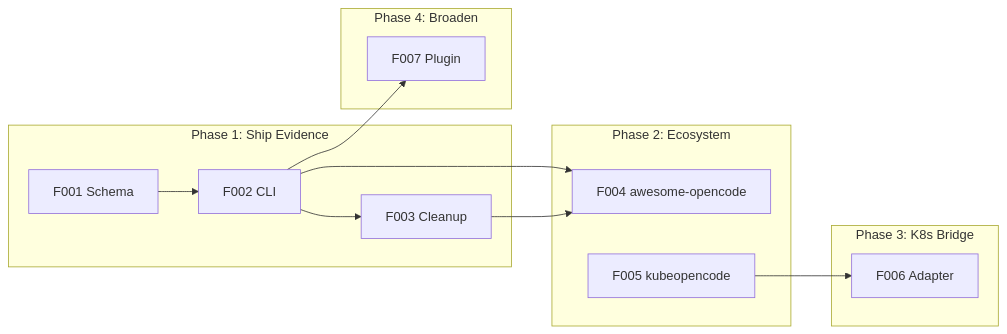
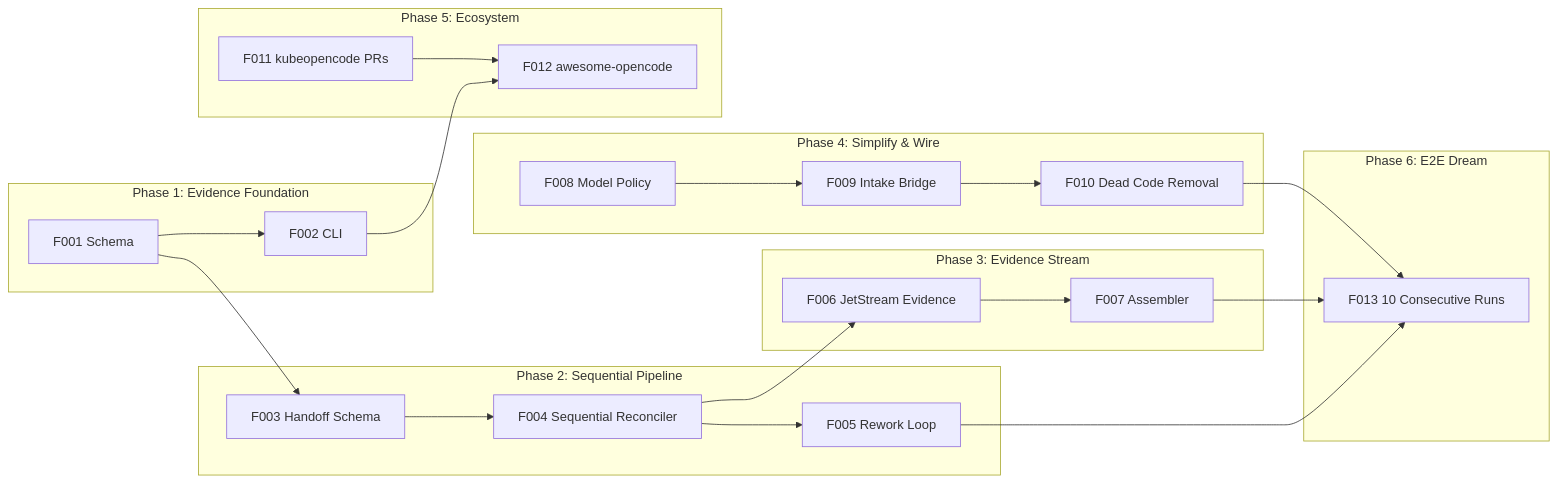
One commit to fall-out-bug/sdp_lab changed the diagram in docs/roadmap/ROADMAP.md. Above: the diagram before and after it, drawn with Mermaid. The commit also changed other lines of this file and 25 other files, not shown here.

First line of the commit message:
docs: dream swarm roadmap, 26 workstreams, AGENTS.md rewrite

````diff
--- a/docs/roadmap/ROADMAP.md
+++ b/docs/roadmap/ROADMAP.md
@@ -12,23 +13,42 @@
 ```mermaid
 graph LR
-    subgraph p1 [Phase 1: Ship Evidence]
-        F001[F001 Schema]
-        F002[F002 CLI]
-        F003[F003 Cleanup]
+    subgraph p1 ["Phase 1: Evidence Foundation"]
+        F001["F001 Schema"]
+        F002["F002 CLI"]
     end
-    subgraph p2 [Phase 2: Ecosystem]
-        F004[F004 awesome-opencode]
-        F005[F005 kubeopencode]
+    subgraph p2 ["Phase 2: Sequential Pipeline"]
+        F003["F003 Handoff Schema"]
+        F004["F004 Sequential Reconciler"]
+        F005["F005 Rework Loop"]
     end
-    subgraph p3 [Phase 3: K8s Bridge]
-        F006[F006 Adapter]
+    subgraph p3 ["Phase 3: Evidence Stream"]
+        F006["F006 JetStream Evidence"]
+        F007["F007 Assembler"]
     end
-    subgraph p4 [Phase 4: Broaden]
-        F007[F007 Plugin]
+    subgraph p4 ["Phase 4: Simplify & Wire"]
+        F008["F008 Model Policy"]
+        F009["F009 Intake Bridge"]
+        F010["F010 Dead Code Removal"]
     end
-    F001 --> F002 --> F003
-    F002 --> F004
+    subgraph p5 ["Phase 5: Ecosystem"]
+        F011["F011 kubeopencode PRs"]
+        F012["F012 awesome-opencode"]
+    end
+    subgraph p6 ["Phase 6: E2E Dream"]
+        F013["F013 10 Consecutive Runs"]
+    end
+
+    F001 --> F002
+    F001 --> F003
+    F002 --> F012
     F003 --> F004
-    F005 --> F006
-    F002 --> F007
+    F004 --> F005
+    F004 --> F006
+    F006 --> F007
+    F005 --> F013
+    F007 --> F013
+    F008 --> F009
+    F009 --> F010
+    F010 --> F013
+    F011 --> F012
 ```
````
